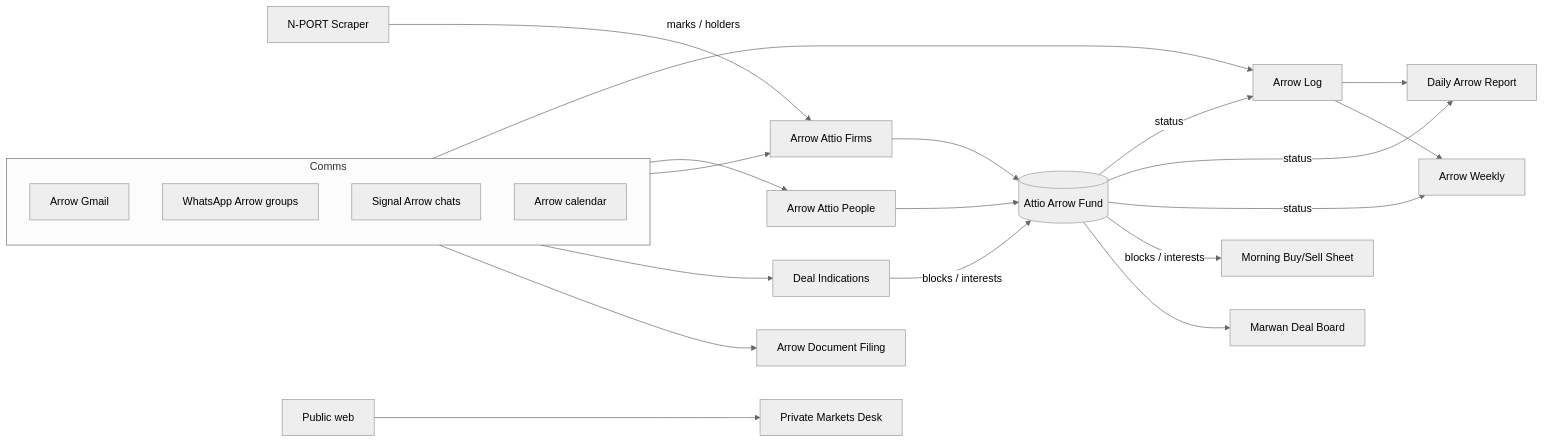
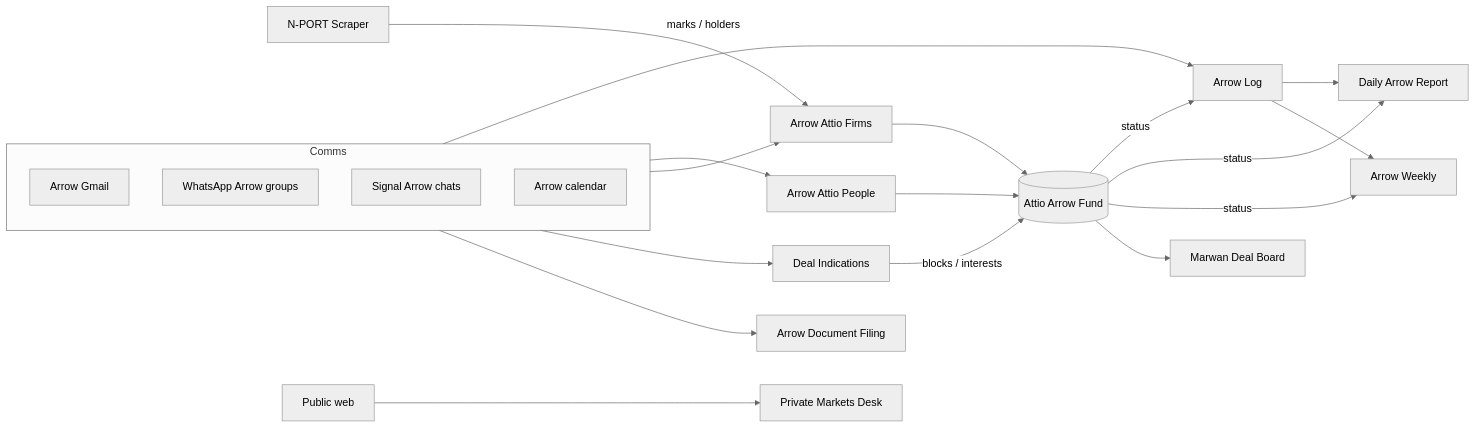
One commit to brendandelta/brendan-knowledge-graph changed the diagram in arrow/BOTS.md. Above: the diagram before and after it, drawn with Mermaid (neutral theme). The commit also changed other lines of this file and 13 other files, not shown here.

First line of the commit message:
Retire Morning Buy/Sell Sheet; align AGENTS registry rules

````diff
--- a/arrow/BOTS.md
+++ b/arrow/BOTS.md
@@ -27,29 +26,28 @@
 ```mermaid
 flowchart LR
   subgraph Comms
     Gmail[Arrow Gmail]
     WA[WhatsApp Arrow groups]
     Sig[Signal Arrow chats]
     Cal[Arrow calendar]
   end
 
   Comms --> Log[Arrow Log]
   Comms --> People[Arrow Attio People]
   Comms --> Firms[Arrow Attio Firms]
   Comms --> DealInd[Deal Indications]
   Comms --> Inbox[Arrow Document Filing]
 
   NPORT[N-PORT Scraper] -->|marks / holders| Firms
   Attio[(Attio Arrow Fund)]
   People --> Attio
   Firms --> Attio
   DealInd -->|blocks / interests| Attio
   Attio -->|status| Log
   Log --> Daily[Daily Arrow Report]
   Log --> Weekly[Arrow Weekly]
   Attio -->|status| Daily
   Attio -->|status| Weekly
-  Attio -->|blocks / interests| BuySell[Morning Buy/Sell Sheet]
   Attio --> Marwan[Marwan Deal Board]
   Web[Public web] --> PMD[Private Markets Desk]
 ```
````
